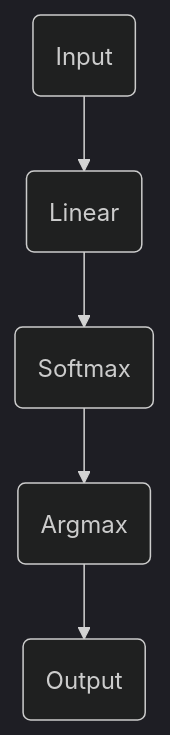
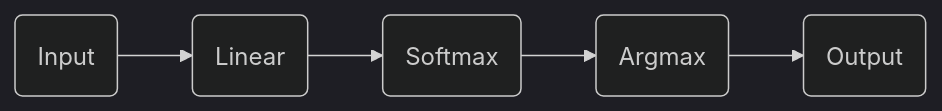
One commit to eshiraishi/eshiraishi.github.io changed the seventh of 7 diagrams in src/content/posts/transformers.md. Above: the diagram before and after it, drawn with Mermaid (dark theme). The commit also changed other lines of this file and 3 other files, not shown here.

````diff
--- a/src/content/posts/transformers.md
+++ b/src/content/posts/transformers.md
@@ -1062,12 +1061,12 @@
 ```mermaid
-flowchart
+flowchart LR
     DecoderBlockN(Input)
     linear(Linear)
     Softmax(Softmax)
     Argmax(Argmax)
     outputString(Output)
     DecoderBlockN --> linear
     linear --> Softmax
     Softmax --> Argmax
     Argmax --> outputString
 ```
````
